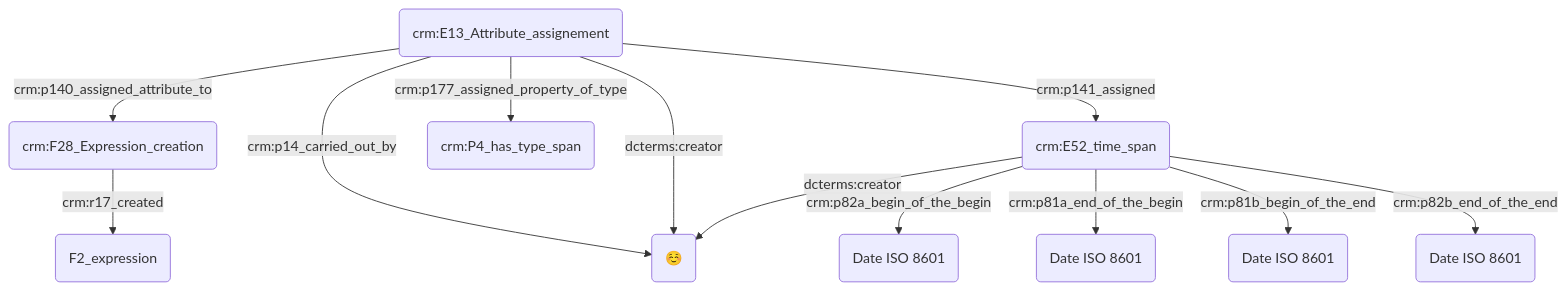
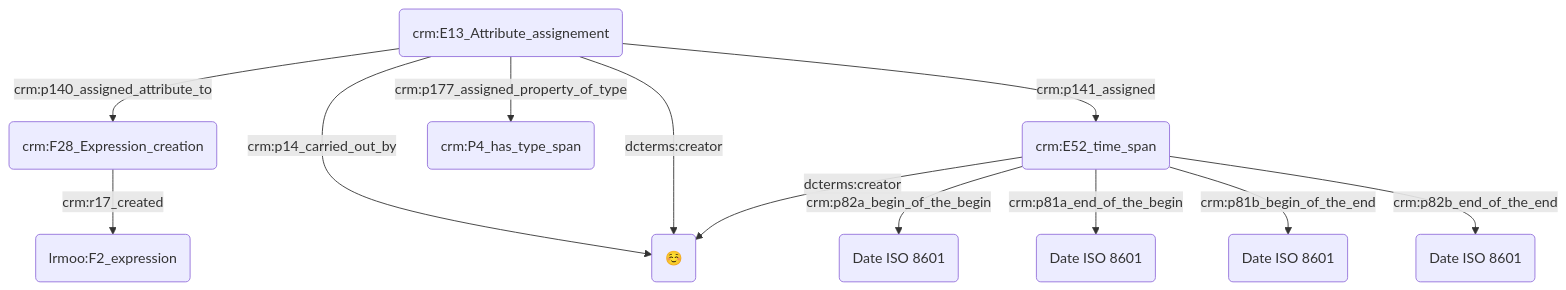
One commit to Amleth/consortium-musica2-gt2-ontologies changed the diagram in modules/dates/2023.09.19_atelier.md. Above: the diagram before and after it, drawn with Mermaid.

````diff
--- a/modules/dates/2023.09.19_atelier.md
+++ b/modules/dates/2023.09.19_atelier.md
@@ -31,16 +31,16 @@
 ```mermaid
 graph TD;
 
-A(crm:F28_Expression_creation) --> |crm:r17_created| B(F2_expression)
+A(lrmoo::F28_Expression_creation) --> |crm:r17_created| B(lrmoo:F2_expression)
 C(crm:E13_Attribute_assignement) --> |crm:p140_assigned_attribute_to| A(crm:F28_Expression_creation)
 C(crm:E13_Attribute_assignement) --> |crm:p141_assigned| D(crm:E52_time_span)
 C(crm:E13_Attribute_assignement) --> |crm:p177_assigned_property_of_type| E(crm:P4_has_type_span)
 C(crm:E13_Attribute_assignement) --> |crm:p14_carried_out_by| G("☺️")
 C(crm:E13_Attribute_assignement) --> |dcterms:creator| G("☺️")
 D(crm:E52_time_span) --> |dcterms:creator| G("☺️")
 
 D(crm:E52_time_span) --> |crm:p82a_begin_of_the_begin| F("Date ISO 8601")
 D(crm:E52_time_span) --> |crm:p81a_end_of_the_begin| H("Date ISO 8601")
 D(crm:E52_time_span) --> |crm:p81b_begin_of_the_end| I("Date ISO 8601")
 D(crm:E52_time_span) --> |crm:p82b_end_of_the_end| J("Date ISO 8601")
 ```
````
